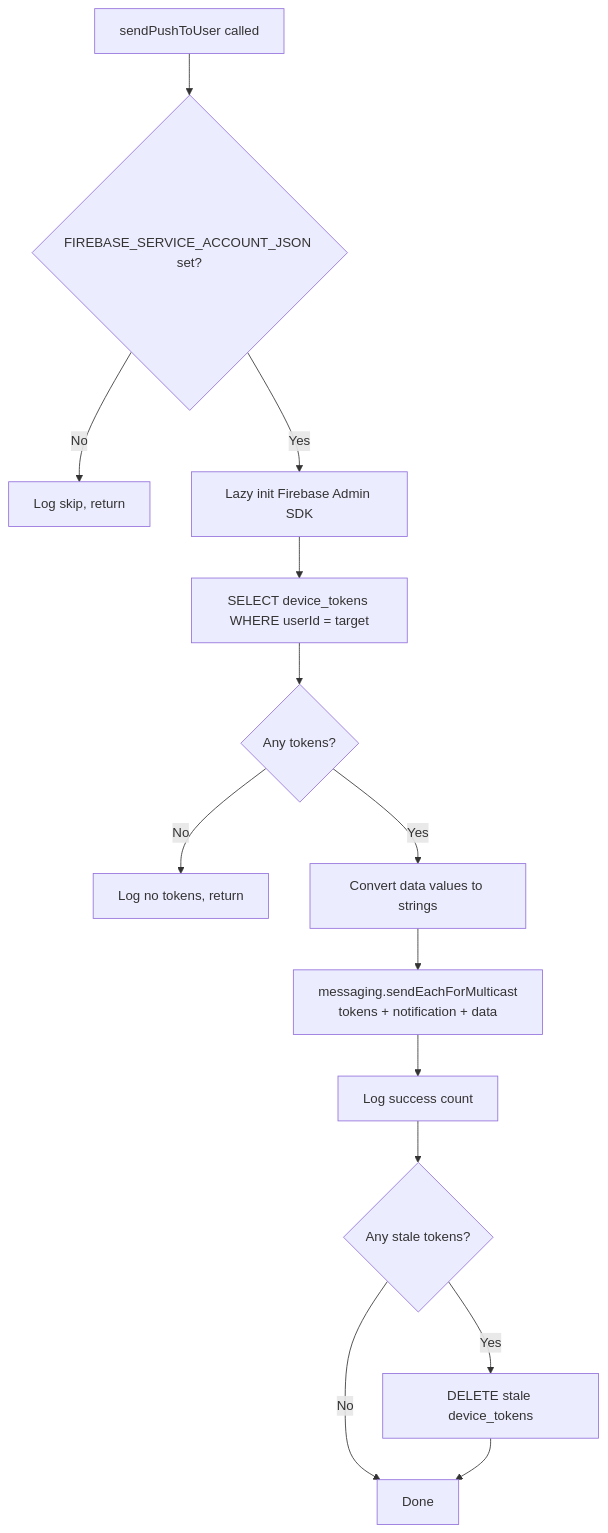
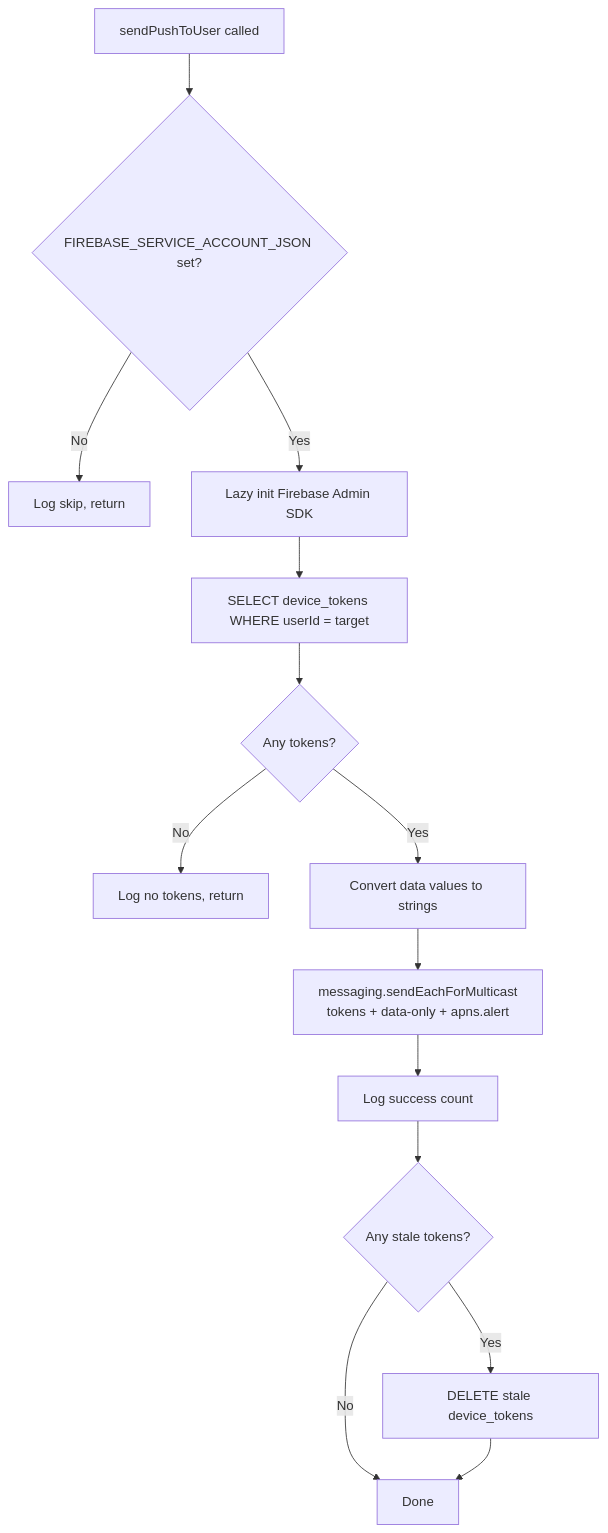
One commit to barterinfo/swaphaven-backend changed the fifth of 7 diagrams in docs/deeplink-push-notifications.md. Above: the diagram before and after it, drawn with Mermaid. The commit also changed other lines of this file and 5 other files, not shown here.

````diff
--- a/docs/deeplink-push-notifications.md
+++ b/docs/deeplink-push-notifications.md
@@ -186,16 +217,16 @@
 ```mermaid
 flowchart TD
     A[sendPushToUser called] --> B{FIREBASE_SERVICE_ACCOUNT_JSON set?}
     B -- No --> C[Log skip, return]
     B -- Yes --> D[Lazy init Firebase Admin SDK]
     D --> E[SELECT device_tokens WHERE userId = target]
     E --> F{Any tokens?}
     F -- No --> G[Log no tokens, return]
     F -- Yes --> H[Convert data values to strings]
-    H --> I[messaging.sendEachForMulticast\ntokens + notification + data]
+    H --> I[messaging.sendEachForMulticast\ntokens + data-only + apns.alert]
     I --> J[Log success count]
     J --> K{Any stale tokens?}
     K -- Yes --> L[DELETE stale device_tokens]
     K -- No --> M[Done]
     L --> M
 ```
````
